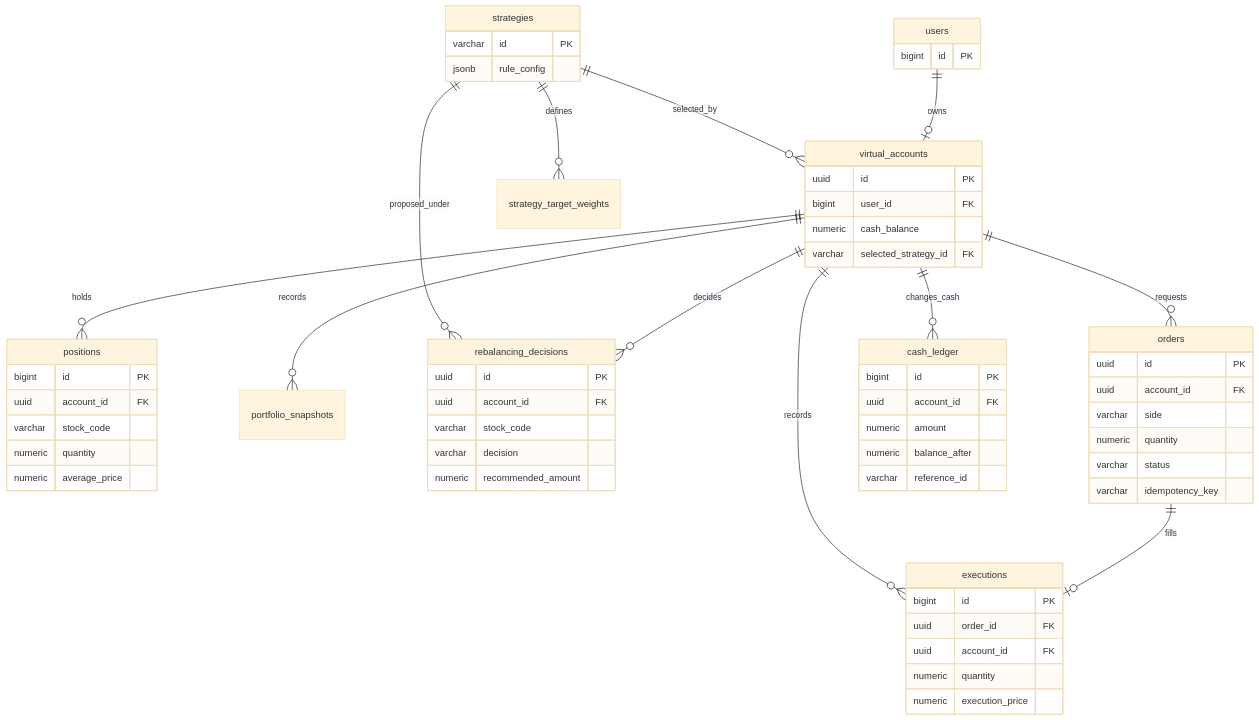
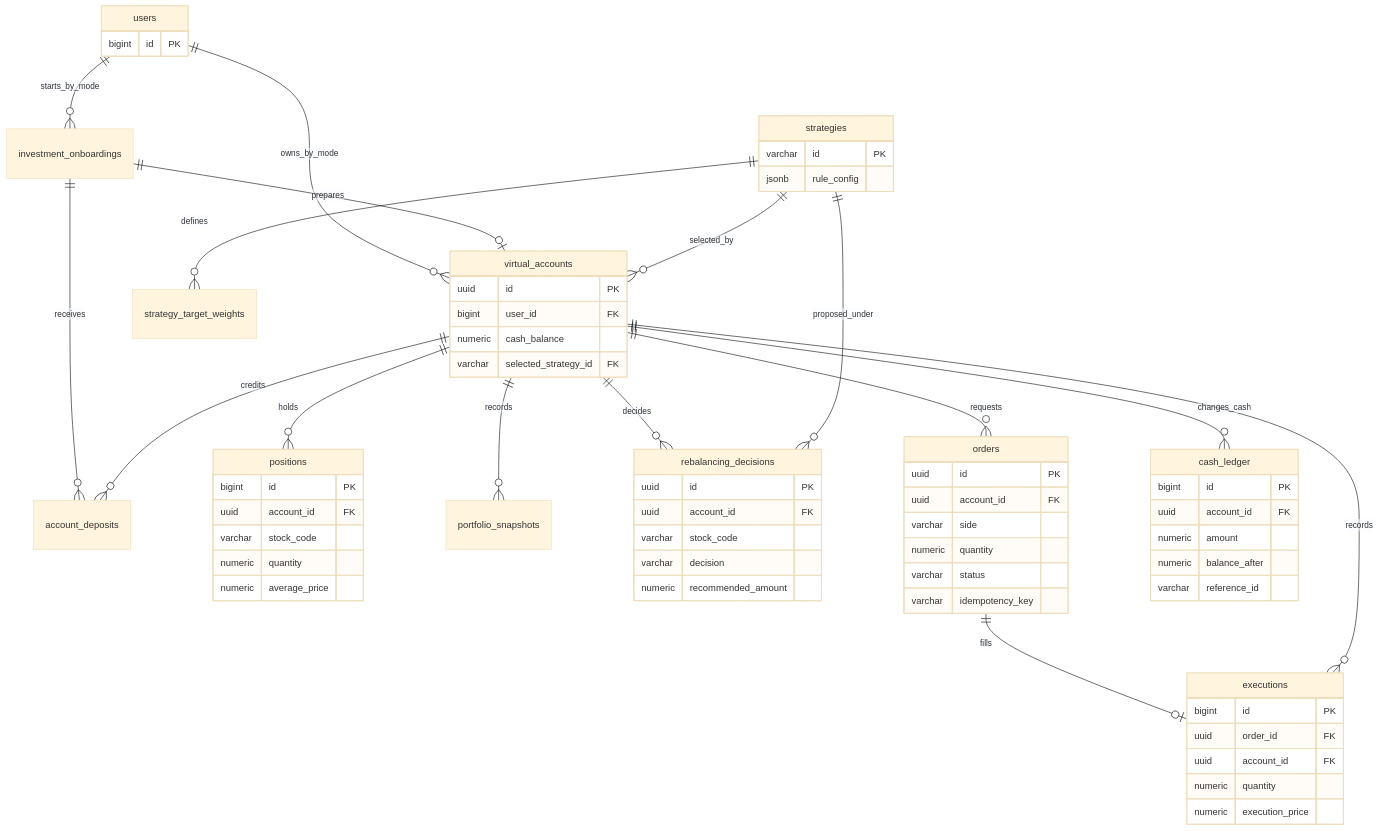
Before and after one commit to SeSAC-3nd-Team1/FEIN-financial-engineering-intelligent-navigation: the diagram in docs/VIRTUAL_TRADING_ERD.md, drawn with Mermaid (base theme). The commit also changed 6 other files, not shown here.

Commit message:
docs: document virtual account deposit flow

````diff
--- a/docs/VIRTUAL_TRADING_ERD.md
+++ b/docs/VIRTUAL_TRADING_ERD.md
@@ -3,23 +3,27 @@
 ```mermaid
 erDiagram
-  users ||--o| virtual_accounts : owns
+  users ||--o{ virtual_accounts : owns_by_mode
+  users ||--o{ investment_onboardings : starts_by_mode
+  investment_onboardings ||--o| virtual_accounts : prepares
+  investment_onboardings ||--o{ account_deposits : receives
+  virtual_accounts ||--o{ account_deposits : credits
   strategies ||--o{ virtual_accounts : selected_by
   virtual_accounts ||--o{ positions : holds
   virtual_accounts ||--o{ portfolio_snapshots : records
   virtual_accounts ||--o{ rebalancing_decisions : decides
   strategies ||--o{ strategy_target_weights : defines
   strategies ||--o{ rebalancing_decisions : proposed_under
   virtual_accounts ||--o{ orders : requests
   orders ||--o| executions : fills
   virtual_accounts ||--o{ executions : records
   virtual_accounts ||--o{ cash_ledger : changes_cash
 
   users { bigint id PK }
   strategies { varchar id PK jsonb rule_config }
   virtual_accounts { uuid id PK bigint user_id FK numeric cash_balance varchar selected_strategy_id FK }
   positions { bigint id PK uuid account_id FK varchar stock_code numeric quantity numeric average_price }
   rebalancing_decisions { uuid id PK uuid account_id FK varchar stock_code varchar decision numeric recommended_amount }
   orders { uuid id PK uuid account_id FK varchar side numeric quantity varchar status varchar idempotency_key }
   executions { bigint id PK uuid order_id FK uuid account_id FK numeric quantity numeric execution_price }
   cash_ledger { bigint id PK uuid account_id FK numeric amount numeric balance_after varchar reference_id }
 ```
````
